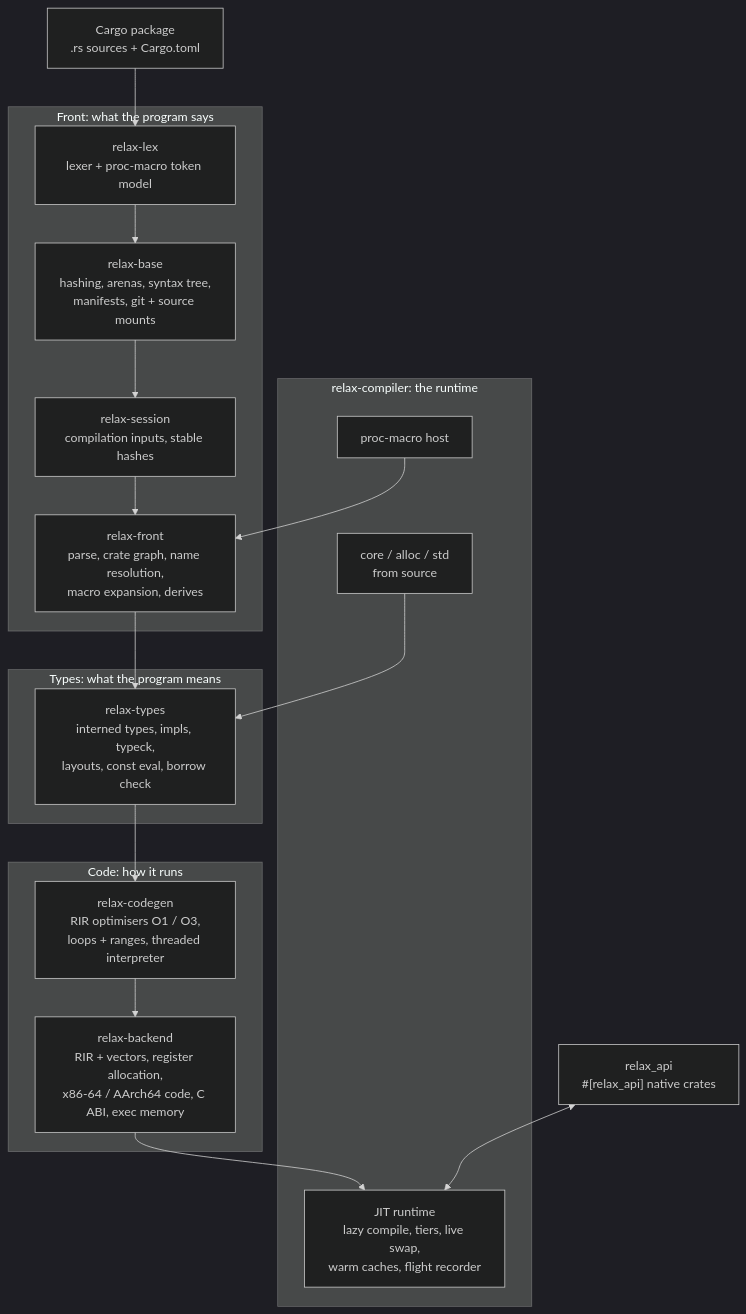
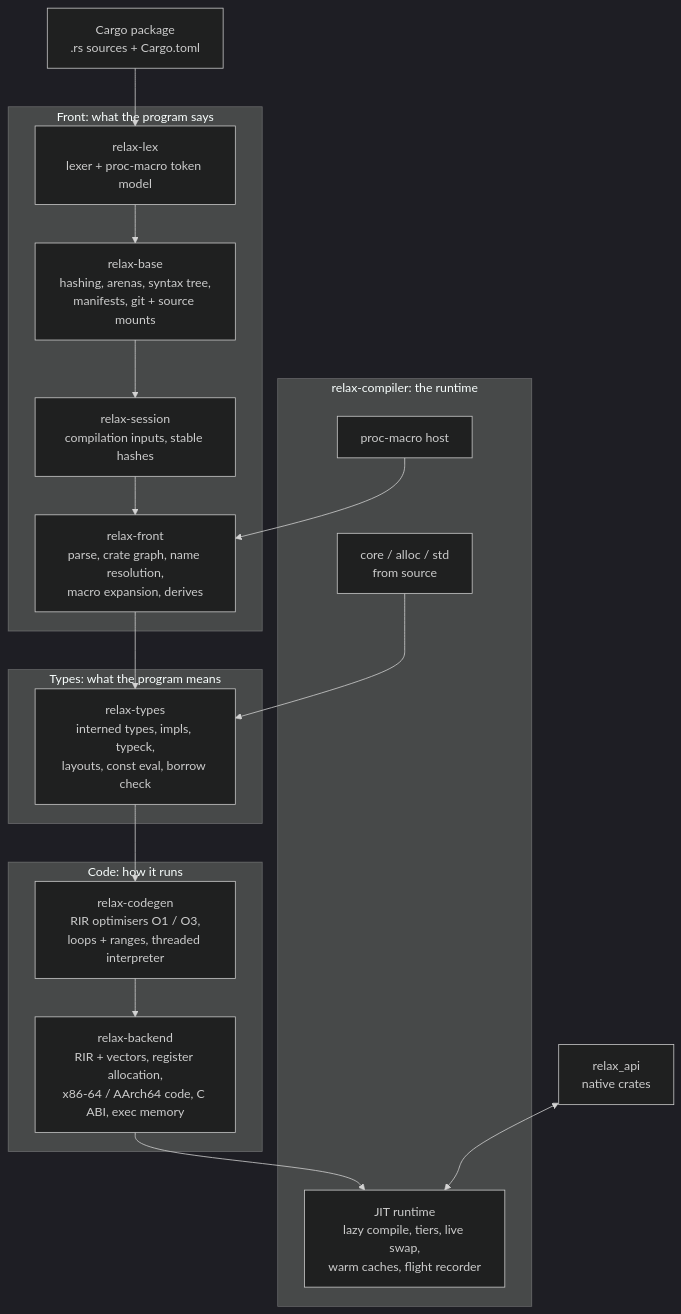
One commit to lacion/relax changed the second of 3 diagrams in README.md. Above: the diagram before and after it, drawn with Mermaid (dark theme). The commit also changed other lines of this file, not shown here.

Commit message:
README: why Relax changes Rust, and the AI development loop it keeps hot

````diff
--- a/README.md
+++ b/README.md
@@ -49,33 +120,33 @@
 ```mermaid
 flowchart TB
     SRC["Cargo package<br/>.rs sources + Cargo.toml"]
 
     subgraph FRONT["Front: what the program says"]
         LEX["relax-lex<br/>lexer + proc-macro token model"]
         BASE["relax-base<br/>hashing, arenas, syntax tree,<br/>manifests, git + source mounts"]
         SES["relax-session<br/>compilation inputs, stable hashes"]
         FE["relax-front<br/>parse, crate graph, name resolution,<br/>macro expansion, derives"]
     end
 
     subgraph MID["Types: what the program means"]
         TY["relax-types<br/>interned types, impls, typeck,<br/>layouts, const eval, borrow check"]
     end
 
     subgraph LOW["Code: how it runs"]
         CG["relax-codegen<br/>RIR optimisers O1 / O3,<br/>loops + ranges, threaded interpreter"]
         BE["relax-backend<br/>RIR + vectors, register allocation,<br/>x86-64 / AArch64 code, C ABI, exec memory"]
     end
 
     subgraph RT["relax-compiler: the runtime"]
         JIT["JIT runtime<br/>lazy compile, tiers, live swap,<br/>warm caches, flight recorder"]
         STD["core / alloc / std<br/>from source"]
         PM["proc-macro host"]
     end
 
-    API["relax_api<br/>#[relax_api] native crates"]
+    API["relax_api<br/>native crates"]
 
     SRC --> LEX --> BASE --> SES --> FE --> TY --> CG --> BE --> JIT
     PM --> FE
     STD --> TY
     API <--> JIT
 ```
````
